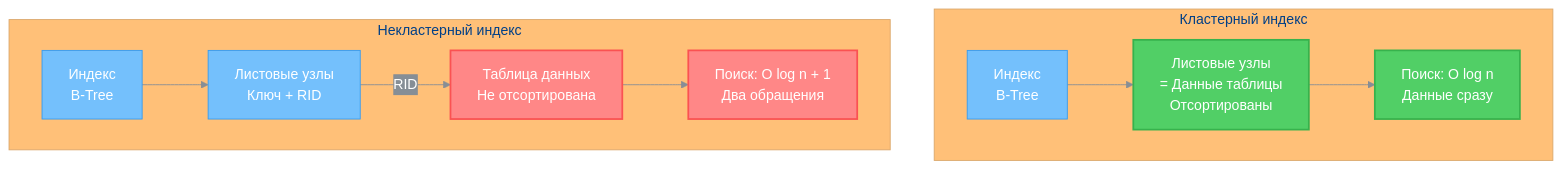
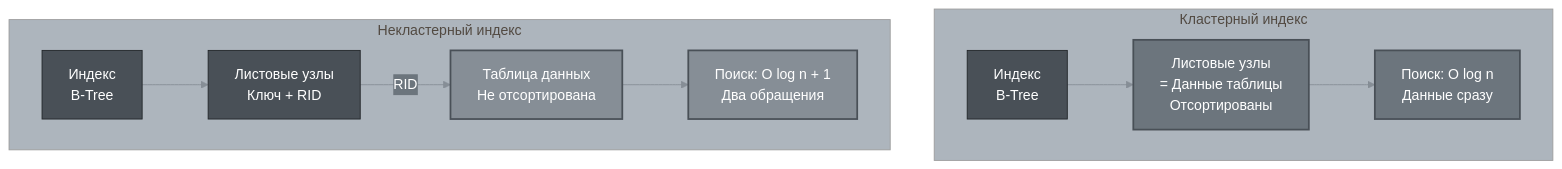
Diagram 16 of 23 in db_exam.md (alx314vo/db_exam), drawn with Mermaid before and after one commit. The commit also changed other lines of this file, not shown here.

````diff
--- a/db_exam.md
+++ b/db_exam.md
@@ -1125,19 +1125,19 @@
 ```mermaid
-%%{init: {'theme':'base', 'themeVariables': {'primaryColor':'#74c0fc','primaryTextColor':'#fff','primaryBorderColor':'#339af0','lineColor':'#868e96','secondaryColor':'#868e96','tertiaryColor':'#ffc078','background':'#ffffff','textColor':'#212529'}}}%%
+%%{init: {'theme':'base', 'themeVariables': {'primaryColor':'#495057','primaryTextColor':'#fff','primaryBorderColor':'#212529','lineColor':'#868e96','secondaryColor':'#6c757d','tertiaryColor':'#adb5bd','background':'#ffffff','textColor':'#212529'}}}%%
 graph TB
     subgraph "Кластерный индекс"
         CI1[Индекс<br/>B-Tree] --> CI2[Листовые узлы<br/>= Данные таблицы<br/>Отсортированы]
         CI2 --> CI3[Поиск: O log n<br/>Данные сразу]
     end
     
     subgraph "Некластерный индекс"
         NCI1[Индекс<br/>B-Tree] --> NCI2[Листовые узлы<br/>Ключ + RID]
         NCI2 -->|RID| NCI3[Таблица данных<br/>Не отсортирована]
         NCI3 --> NCI4[Поиск: O log n + 1<br/>Два обращения]
     end
     
-    style CI2 fill:#51cf66,stroke:#37b24d,stroke-width:2px,color:#fff
-    style CI3 fill:#51cf66,stroke:#37b24d,stroke-width:2px,color:#fff
-    style NCI3 fill:#ff8787,stroke:#fa5252,stroke-width:2px,color:#fff
-    style NCI4 fill:#ff8787,stroke:#fa5252,stroke-width:2px,color:#fff
+    style CI2 fill:#6c757d,stroke:#495057,stroke-width:2px,color:#fff
+    style CI3 fill:#6c757d,stroke:#495057,stroke-width:2px,color:#fff
+    style NCI3 fill:#868e96,stroke:#495057,stroke-width:2px,color:#fff
+    style NCI4 fill:#868e96,stroke:#495057,stroke-width:2px,color:#fff
 ```
````
